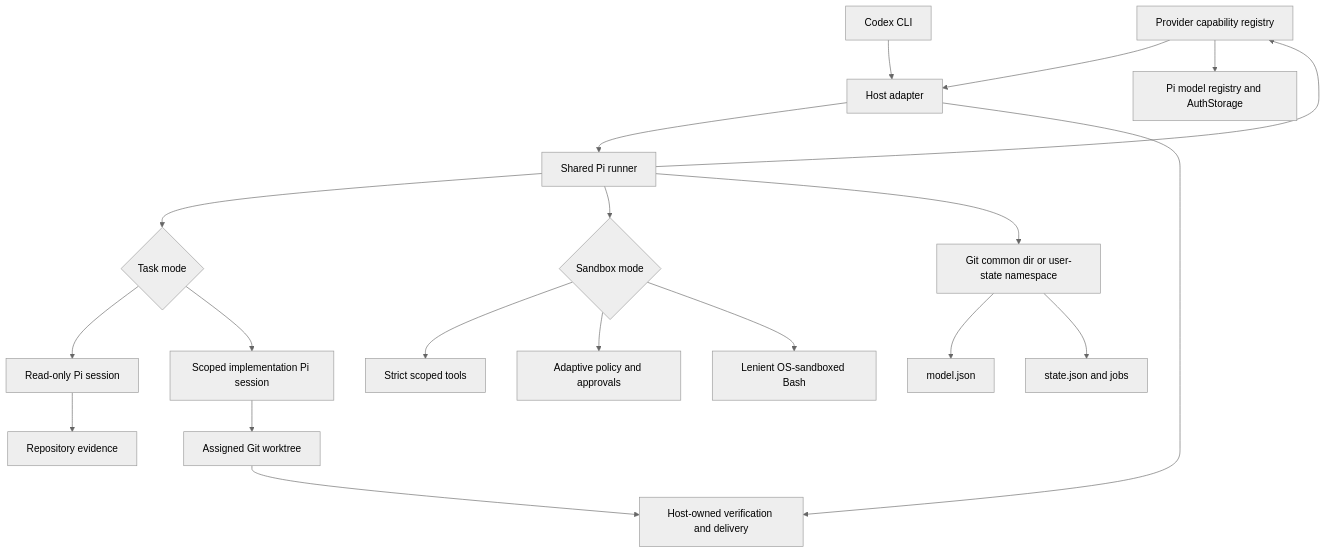
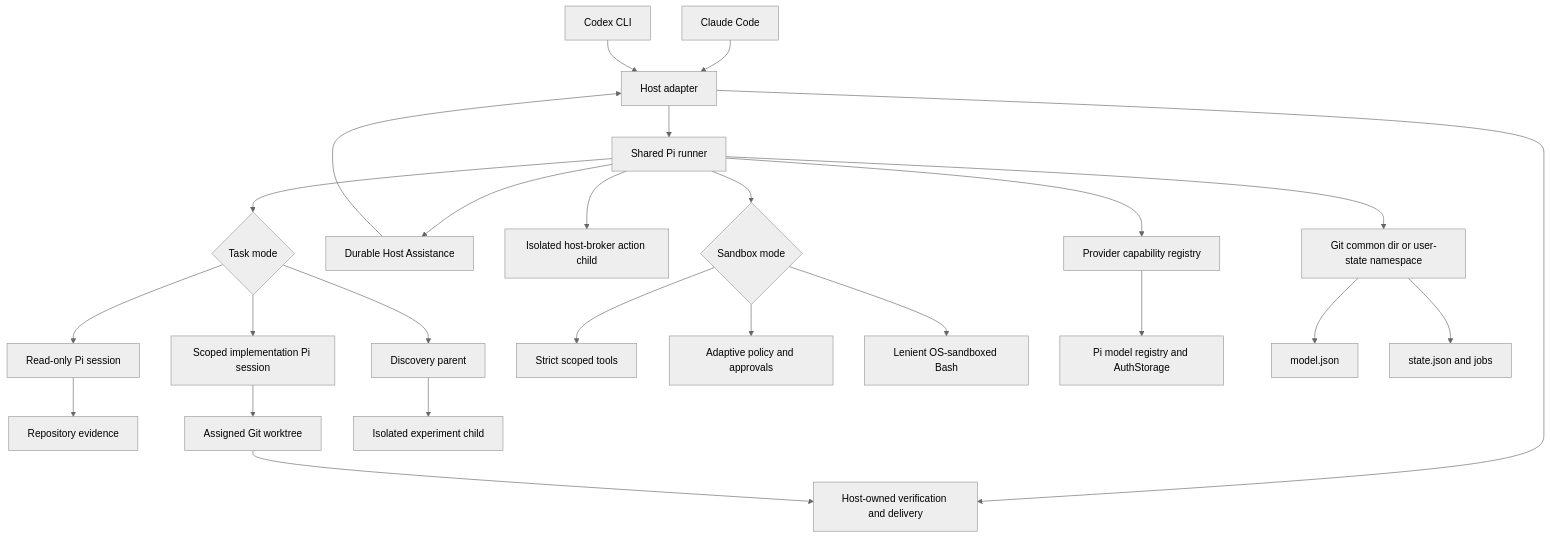
The diagram in docs/architecture.md (JiaWeiXie/swarm-pi-code-plugin), drawn with Mermaid (neutral theme) before and after one commit. The commit also changed other lines of this file and 36 other files, not shown here.

````diff
--- a/docs/architecture.md
+++ b/docs/architecture.md
@@ -17,22 +17,27 @@
 ```mermaid
 flowchart TB
-    C[Claude Code] --> H[Host adapter]
+    CC[Claude Code] --> H[Host adapter]
     X[Codex CLI] --> H
     H --> R[Shared Pi runner]
     R --> Q{Task mode}
     Q --> O[Read-only Pi session]
     Q --> I[Scoped implementation Pi session]
+    Q --> DS[Discovery parent]
     O --> F[Repository evidence]
     I --> W[Assigned Git worktree]
+    DS --> EX[Isolated experiment child]
+    R --> HA[Durable Host Assistance]
+    HA --> H
+    R --> AC[Isolated host-broker action child]
     R --> B{Sandbox mode}
     B --> T[Strict scoped tools]
     B --> A[Adaptive policy and approvals]
     B --> L[Lenient OS-sandboxed Bash]
     R --> D[Git common dir or user-state namespace]
-    R --> C[Provider capability registry]
-    C --> PR[Pi model registry and AuthStorage]
+    R --> CR[Provider capability registry]
+    CR --> PR[Pi model registry and AuthStorage]
     D --> MF[model.json]
     D --> S[state.json and jobs]
     H --> V[Host-owned verification and delivery]
     W --> V
 ```
````
